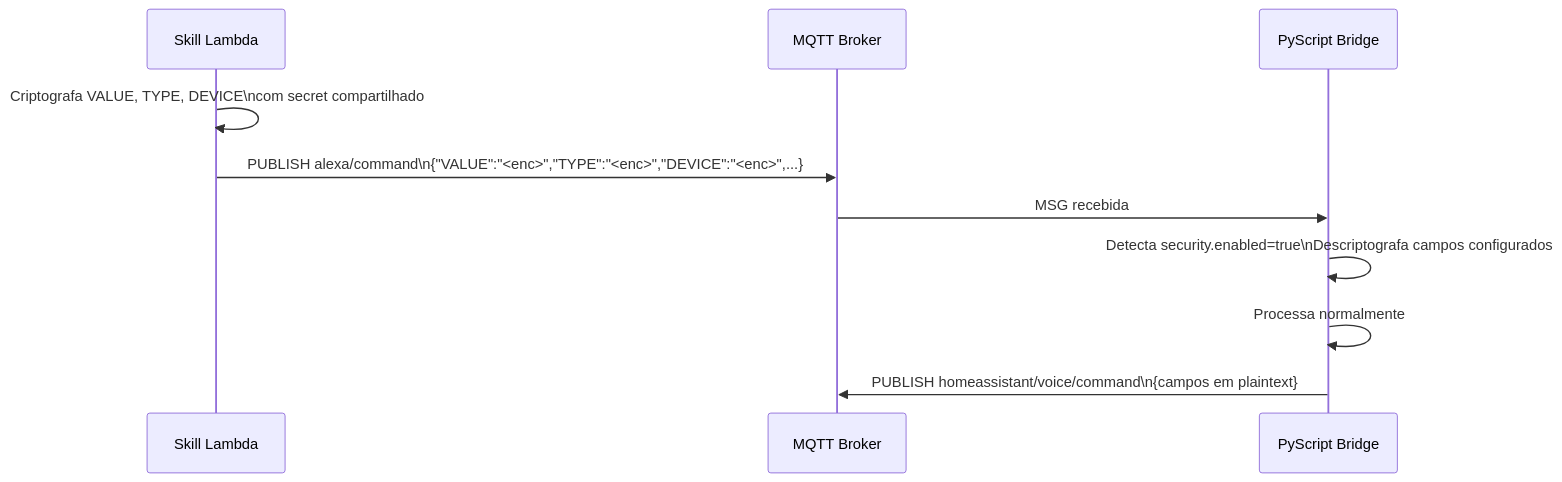
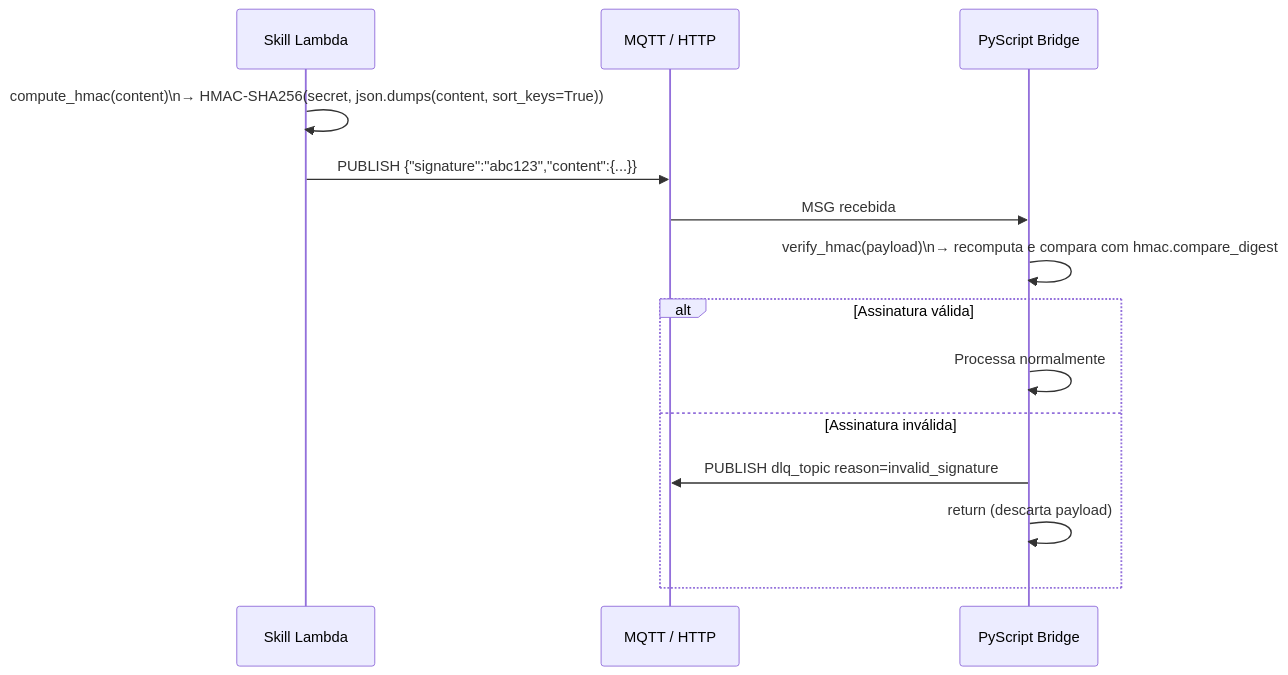
One commit to diegograssato/alexa_bridge_admin changed the fourth of 4 diagrams in README.md. Above: the diagram before and after it, drawn with Mermaid. The commit also changed other lines of this file and 11 other files, not shown here.

````diff
--- a/README.md
+++ b/README.md
@@ -315,13 +311,17 @@
 ```mermaid
 sequenceDiagram
     participant SK as Skill Lambda
-    participant MQ as MQTT Broker
+    participant MQ as MQTT / HTTP
     participant PY as PyScript Bridge
 
-    SK->>SK: Criptografa VALUE, TYPE, DEVICE\ncom secret compartilhado
-    SK->>MQ: PUBLISH alexa/command\n{"VALUE":"<enc>","TYPE":"<enc>","DEVICE":"<enc>",...}
+    SK->>SK: compute_hmac(content)\n→ HMAC-SHA256(secret, json.dumps(content, sort_keys=True))
+    SK->>MQ: PUBLISH {"signature":"abc123","content":{...}}
     MQ->>PY: MSG recebida
-    PY->>PY: Detecta security.enabled=true\nDescriptografa campos configurados
-    PY->>PY: Processa normalmente
-    PY->>MQ: PUBLISH homeassistant/voice/command\n{campos em plaintext}
+    PY->>PY: verify_hmac(payload)\n→ recomputa e compara com hmac.compare_digest
+    alt Assinatura válida
+        PY->>PY: Processa normalmente
+    else Assinatura inválida
+        PY->>MQ: PUBLISH dlq_topic reason=invalid_signature
+        PY->>PY: return (descarta payload)
+    end
 ```
````
